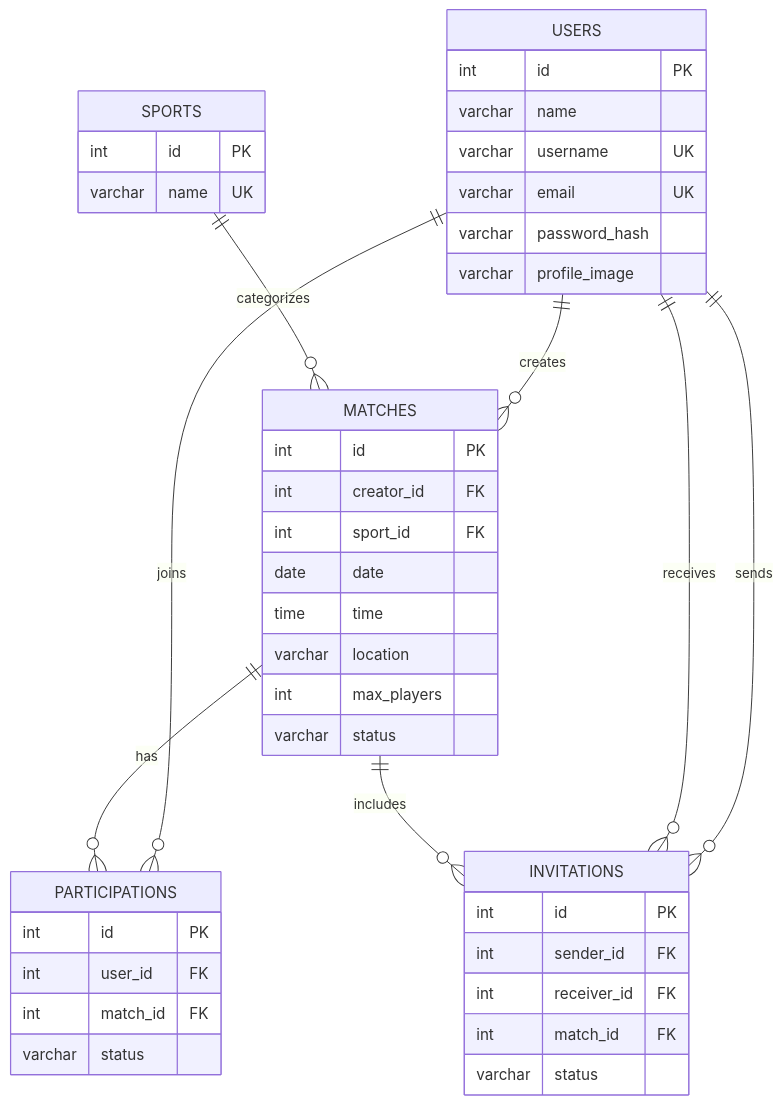
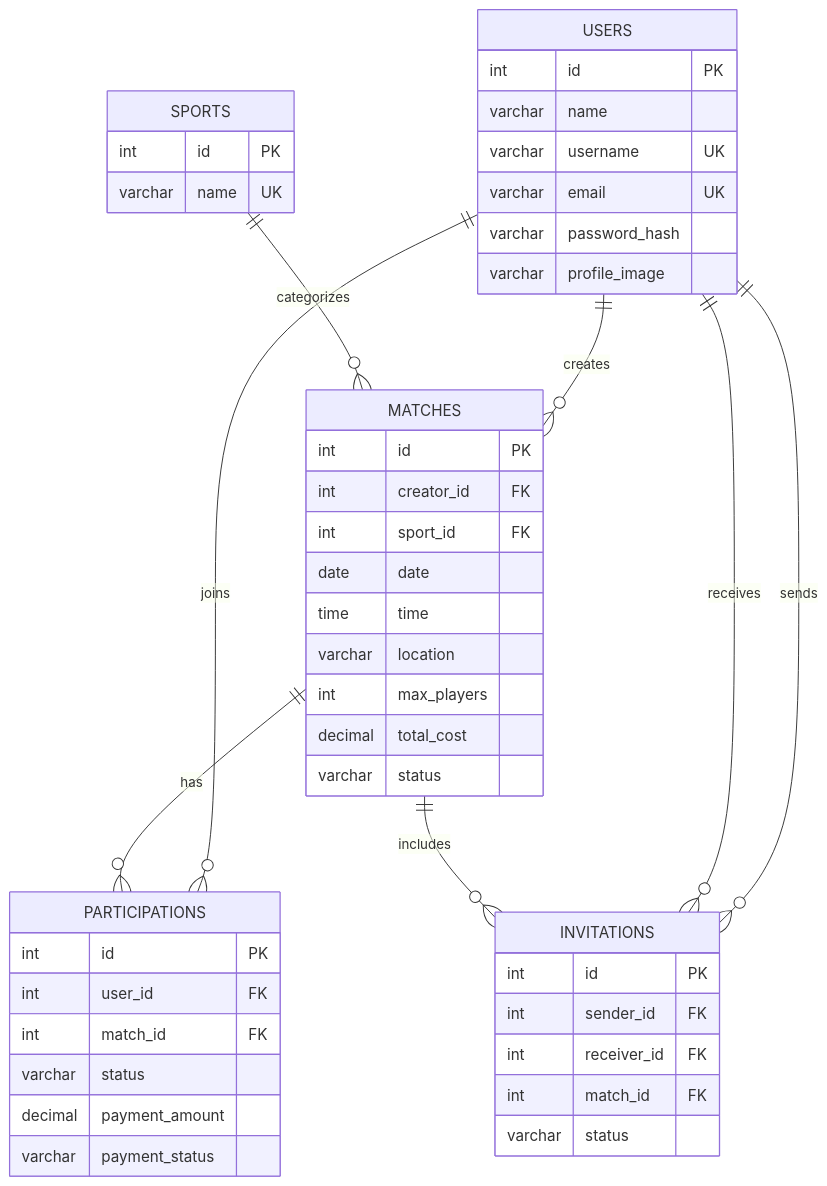
Before and after one commit to rywma/Wesal: the second of 4 diagrams in stage3/readme.md, drawn with Mermaid.

Commit message:
docs add match cost splitting and payment status fields  نسخ readme.md

````diff
--- a/stage3/readme.md
+++ b/stage3/readme.md
@@ -186,50 +186,53 @@
 ```mermaid
 erDiagram
     USERS {
         int id PK
         varchar name
         varchar username UK
         varchar email UK
         varchar password_hash
         varchar profile_image
     }
 
     SPORTS {
         int id PK
         varchar name UK
     }
 
     MATCHES {
         int id PK
         int creator_id FK
         int sport_id FK
         date date
         time time
         varchar location
         int max_players
+        decimal total_cost
         varchar status
     }
 
     PARTICIPATIONS {
         int id PK
         int user_id FK
         int match_id FK
         varchar status
+        decimal payment_amount
+        varchar payment_status
     }
 
     INVITATIONS {
         int id PK
         int sender_id FK
         int receiver_id FK
         int match_id FK
         varchar status
     }
 
     USERS ||--o{ MATCHES : creates
     SPORTS ||--o{ MATCHES : categorizes
     USERS ||--o{ PARTICIPATIONS : joins
     MATCHES ||--o{ PARTICIPATIONS : has
     USERS ||--o{ INVITATIONS : sends
     USERS ||--o{ INVITATIONS : receives
     MATCHES ||--o{ INVITATIONS : includes
 ```
````
